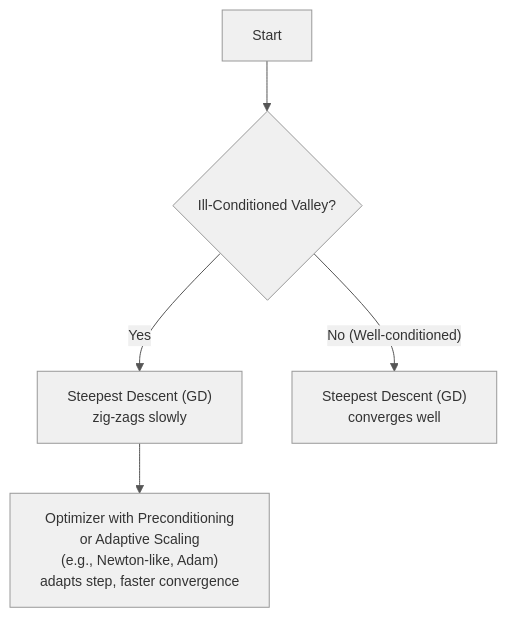
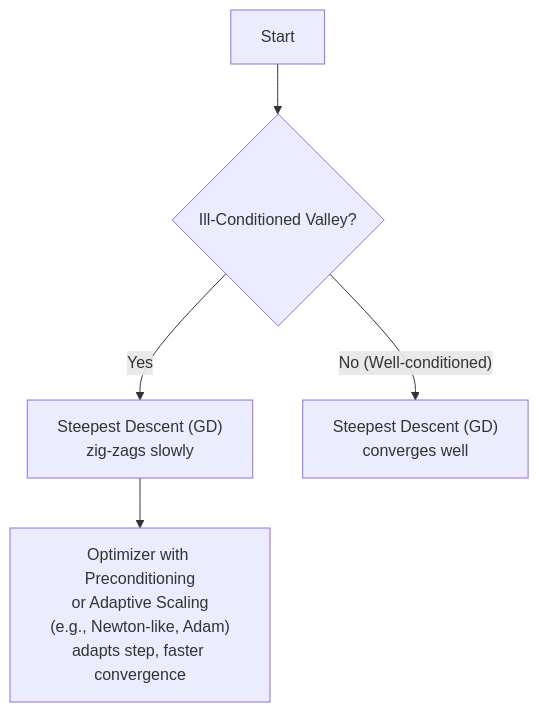
One commit to JiHa-Kim/jiha-kim.github.io changed the second of 2 diagrams in collections/_series/optimization-theory-for-machine-learning/3-desirable-properties-optimizers.md. Above: the diagram before and after it, drawn with Mermaid. The commit also changed other lines of this file and 7 other files, not shown here.

````diff
--- a/collections/_series/optimization-theory-for-machine-learning/3-desirable-properties-optimizers.md
+++ b/collections/_series/optimization-theory-for-machine-learning/3-desirable-properties-optimizers.md
@@ -283,17 +277,7 @@
     ```mermaid
-    ---
-    config:
-      theme: base
-      themeVariables:
-        primaryColor: '#f0f0f0'
-        primaryTextColor: '#333'
-        primaryBorderColor: '#999'
-        lineColor: '#555'
-        fontSize: '14px'
-    ---
     graph TD
         A[Start] --> B{Ill-Conditioned Valley?};
         B -- Yes --> C["Steepest Descent (GD)<br>zig-zags slowly"];
         B -- No (Well-conditioned) --> D["Steepest Descent (GD)<br>converges well"];
         C --> E["Optimizer with Preconditioning<br>or Adaptive Scaling<br>(e.g., Newton-like, Adam)<br>adapts step, faster convergence"];
     ```
````
